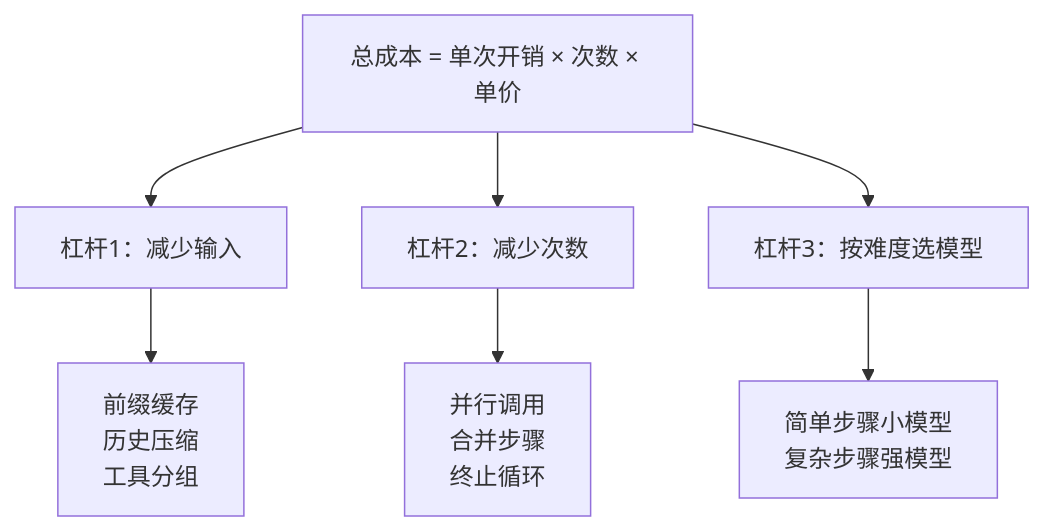
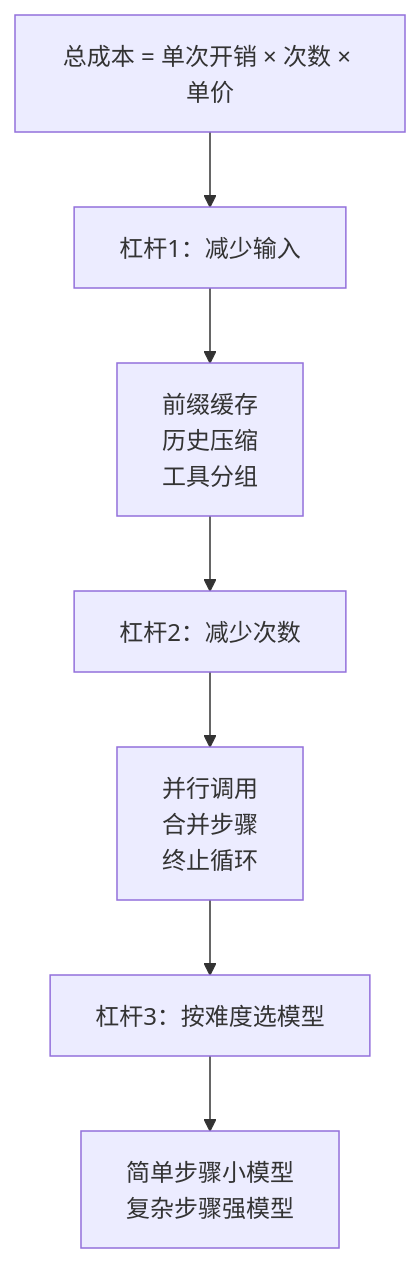
Before and after one commit to hub138/technical-knowledge: the first of 3 diagrams in vault/工程知识/AI 系统工程：从模型能力到生产能力/质量与运营/成本控制要从上下文和重试两头下手.md, drawn with Mermaid. The commit also changed other lines of this file and 622 other files, not shown here.

````diff
--- a/vault/工程知识/AI 系统工程：从模型能力到生产能力/质量与运营/成本控制要从上下文和重试两头下手.md
+++ b/vault/工程知识/AI 系统工程：从模型能力到生产能力/质量与运营/成本控制要从上下文和重试两头下手.md
@@ -51,9 +56,9 @@
 ```mermaid
 flowchart TB
     a["总成本 = 单次开销 × 次数 × 单价"] --> b1["杠杆1：减少输入"]
-    a --> b2["杠杆2：减少次数"]
-    a --> b3["杠杆3：按难度选模型"]
     b1 --> c1["前缀缓存<br/>历史压缩<br/>工具分组"]
+    c1 --> b2["杠杆2：减少次数"]
     b2 --> c2["并行调用<br/>合并步骤<br/>终止循环"]
+    c2 --> b3["杠杆3：按难度选模型"]
     b3 --> c3["简单步骤小模型<br/>复杂步骤强模型"]
 ```
````
